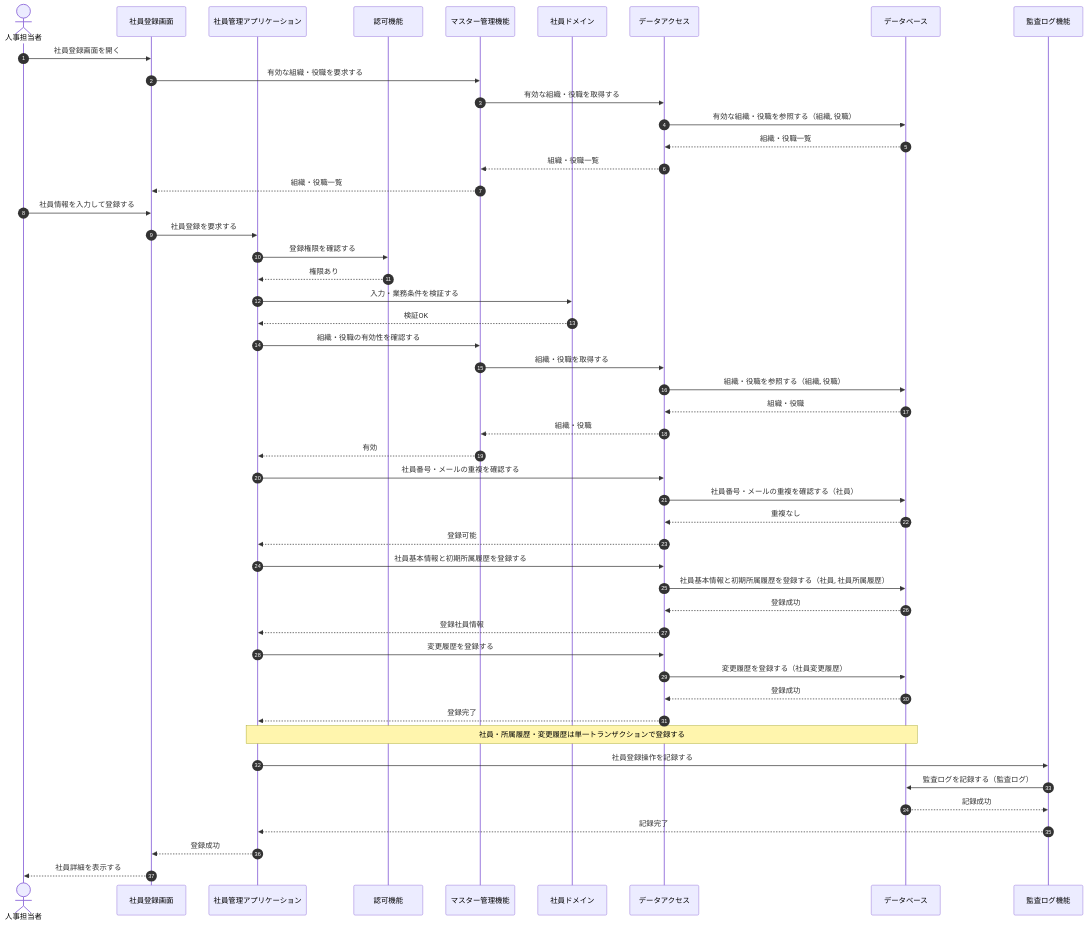
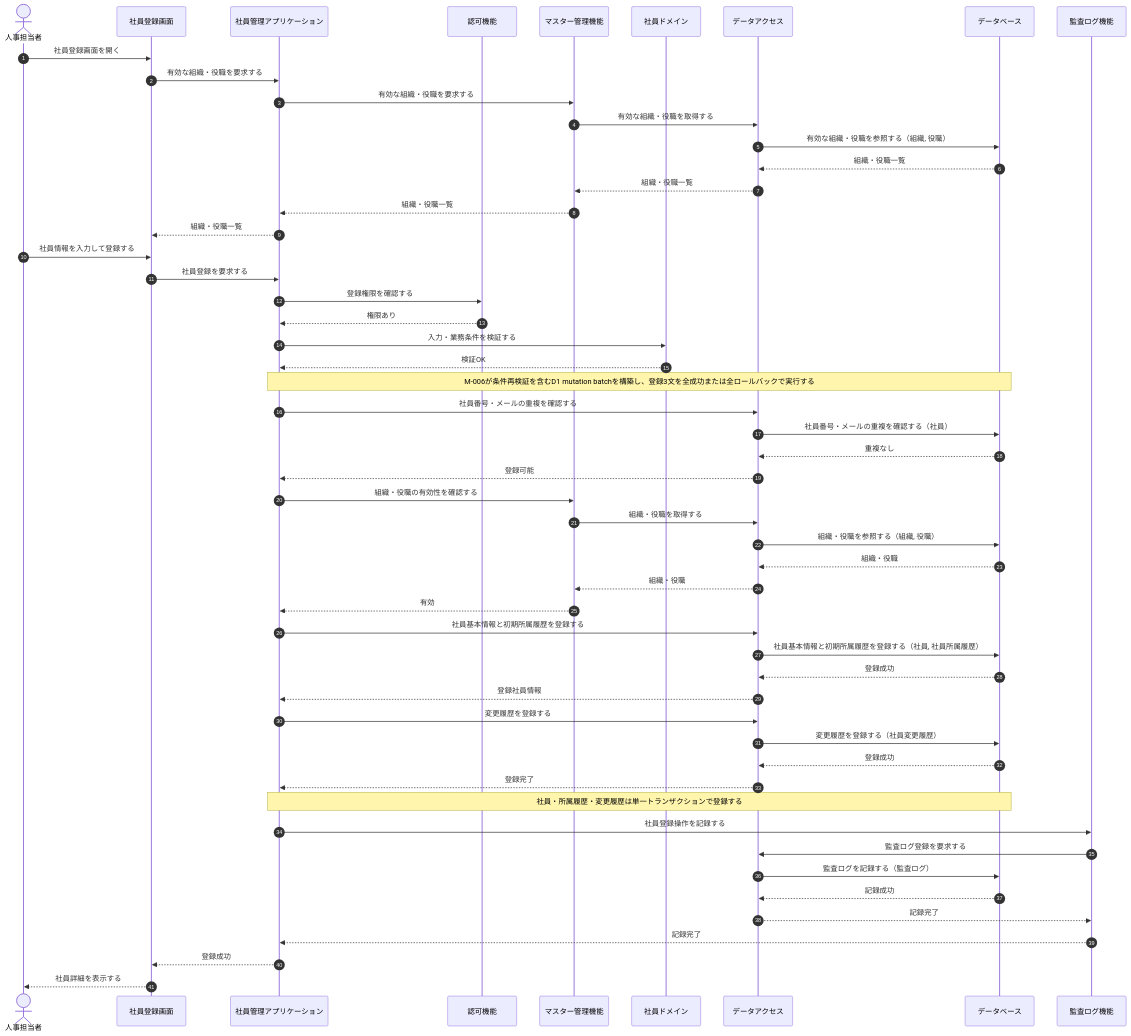
Before and after one commit to sikakou54/system-document-template: the first of 14 diagrams in 統合設計書/社員名簿管理システム/03_シーケンス設計.md, drawn with Mermaid. The commit also changed other lines of this file and 40 other files, not shown here.

````diff
--- a/統合設計書/社員名簿管理システム/03_シーケンス設計.md
+++ b/統合設計書/社員名簿管理システム/03_シーケンス設計.md
@@ -40,52 +50,57 @@
 ```mermaid
 sequenceDiagram
     autonumber
     actor HR as 人事担当者
     participant UI as 社員登録画面
     participant APP as 社員管理アプリケーション
     participant AUTH as 認可機能
     participant MST as マスター管理機能
     participant DOM as 社員ドメイン
     participant DATA as データアクセス
     participant DB as データベース
     participant AUDIT as 監査ログ機能
 
     HR->>UI: 社員登録画面を開く
-    UI->>MST: 有効な組織・役職を要求する
+    UI->>APP: 有効な組織・役職を要求する
+    APP->>MST: 有効な組織・役職を要求する
     MST->>DATA: 有効な組織・役職を取得する
     DATA->>DB: 有効な組織・役職を参照する（組織, 役職）
     DB-->>DATA: 組織・役職一覧
     DATA-->>MST: 組織・役職一覧
-    MST-->>UI: 組織・役職一覧
+    MST-->>APP: 組織・役職一覧
+    APP-->>UI: 組織・役職一覧
     HR->>UI: 社員情報を入力して登録する
     UI->>APP: 社員登録を要求する
     APP->>AUTH: 登録権限を確認する
     AUTH-->>APP: 権限あり
     APP->>DOM: 入力・業務条件を検証する
     DOM-->>APP: 検証OK
+    Note over APP,DB: M-006が条件再検証を含むD1 mutation batchを構築し、登録3文を全成功または全ロールバックで実行する
+    APP->>DATA: 社員番号・メールの重複を確認する
+    DATA->>DB: 社員番号・メールの重複を確認する（社員）
+    DB-->>DATA: 重複なし
+    DATA-->>APP: 登録可能
     APP->>MST: 組織・役職の有効性を確認する
     MST->>DATA: 組織・役職を取得する
     DATA->>DB: 組織・役職を参照する（組織, 役職）
     DB-->>DATA: 組織・役職
     DATA-->>MST: 組織・役職
     MST-->>APP: 有効
-    APP->>DATA: 社員番号・メールの重複を確認する
-    DATA->>DB: 社員番号・メールの重複を確認する（社員）
-    DB-->>DATA: 重複なし
-    DATA-->>APP: 登録可能
     APP->>DATA: 社員基本情報と初期所属履歴を登録する
     DATA->>DB: 社員基本情報と初期所属履歴を登録する（社員, 社員所属履歴）
     DB-->>DATA: 登録成功
     DATA-->>APP: 登録社員情報
     APP->>DATA: 変更履歴を登録する
     DATA->>DB: 変更履歴を登録する（社員変更履歴）
     DB-->>DATA: 登録成功
     DATA-->>APP: 登録完了
     Note over APP,DB: 社員・所属履歴・変更履歴は単一トランザクションで登録する
     APP->>AUDIT: 社員登録操作を記録する
-    AUDIT->>DB: 監査ログを記録する（監査ログ）
-    DB-->>AUDIT: 記録成功
+    AUDIT->>DATA: 監査ログ登録を要求する
+    DATA->>DB: 監査ログを記録する（監査ログ）
+    DB-->>DATA: 記録成功
+    DATA-->>AUDIT: 記録完了
     AUDIT-->>APP: 記録完了
     APP-->>UI: 登録成功
     UI-->>HR: 社員詳細を表示する
 ```
````
